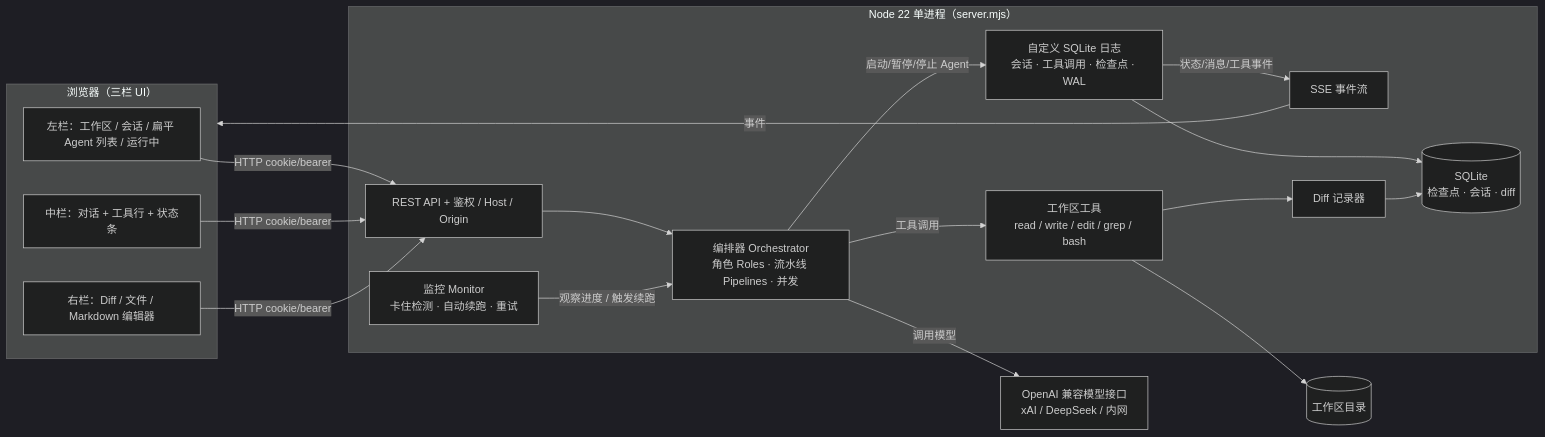
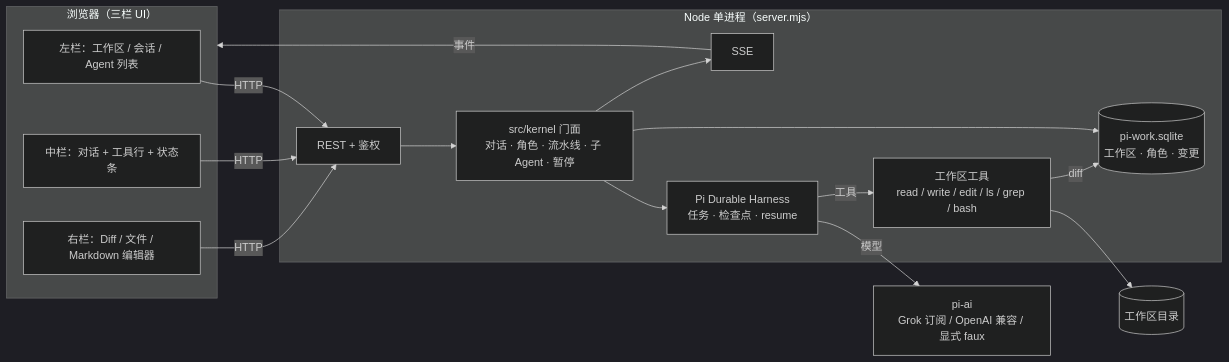
One commit to lawrencewzen/pi-work changed the diagram in docs/ARCHITECTURE.md. Above: the diagram before and after it, drawn with Mermaid (dark theme). The commit also changed other lines of this file and 34 other files, not shown here.

First line of the commit message:
T5-11: make the Pi Durable Harness the only runtime

````diff
--- a/docs/ARCHITECTURE.md
+++ b/docs/ARCHITECTURE.md
@@ -9,34 +9,31 @@
 ```mermaid
 flowchart LR
   subgraph Browser["浏览器（三栏 UI）"]
-    L[左栏：工作区 / 会话 / 扁平 Agent 列表 / 运行中]
+    L[左栏：工作区 / 会话 / Agent 列表]
     C[中栏：对话 + 工具行 + 状态条]
     R[右栏：Diff / 文件 / Markdown 编辑器]
   end
 
-  subgraph Node["Node 22 单进程（server.mjs）"]
-    API[REST API + 鉴权 / Host / Origin]
-    SSE[SSE 事件流]
-    ORC[编排器 Orchestrator<br/>角色 Roles · 流水线 Pipelines · 并发]
-    MON[监控 Monitor<br/>卡住检测 · 自动续跑 · 重试]
-    J[自定义 SQLite 日志<br/>会话 · 工具调用 · 检查点 · WAL]
-    T[工作区工具<br/>read / write / edit / grep / bash]
-    D[Diff 记录器]
-    DB[(SQLite<br/>检查点 · 会话 · diff)]
+  subgraph Node["Node 单进程（server.mjs）"]
+    API[REST + 鉴权]
+    SSE[SSE]
+    K[src/kernel 门面<br/>对话 · 角色 · 流水线 · 子 Agent · 暂停]
+    H[Pi Durable Harness<br/>任务 · 检查点 · resume]
+    APP[(pi-work.sqlite<br/>工作区 · 角色 · 变更)]
+    T[工作区工具<br/>read / write / edit / ls / grep / bash]
   end
 
   WS[(工作区目录)]
-  LLM[OpenAI 兼容模型接口<br/>xAI / DeepSeek / 内网]
+  LLM[pi-ai<br/>Grok 订阅 / OpenAI 兼容 / 显式 faux]
 
-  L & C & R -->|HTTP cookie/bearer| API
+  L & C & R -->|HTTP| API
   SSE -->|事件| Browser
-  API --> ORC
-  ORC -->|启动/暂停/停止 Agent| J
-  MON -->|观察进度 / 触发续跑| ORC
-  J --> DB
-  ORC -->|调用模型| LLM
-  ORC -->|工具调用| T
+  API --> K
+  K --> H
+  K --> APP
+  H -->|模型| LLM
+  H -->|工具| T
   T --> WS
-  T --> D --> DB
-  J -->|状态/消息/工具事件| SSE
+  T -->|diff| APP
+  K --> SSE
 ```
````
